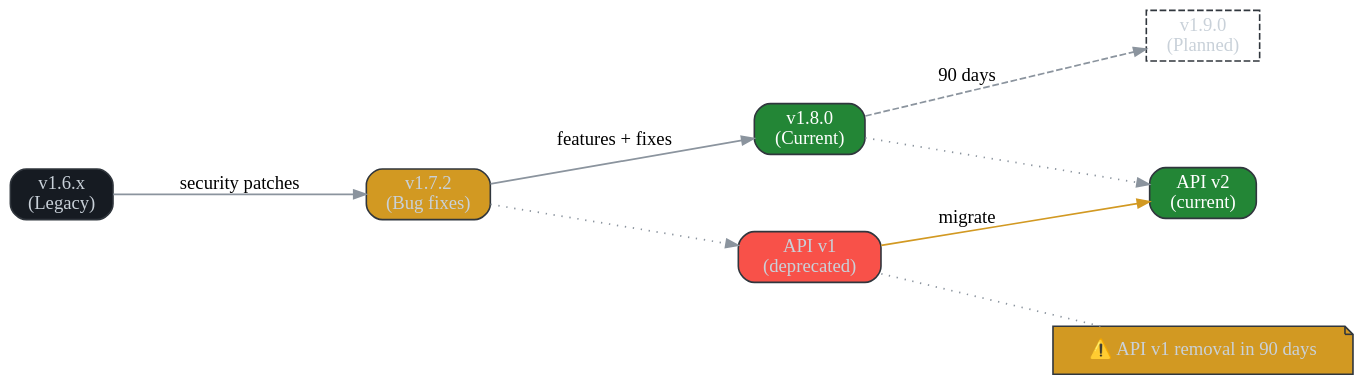
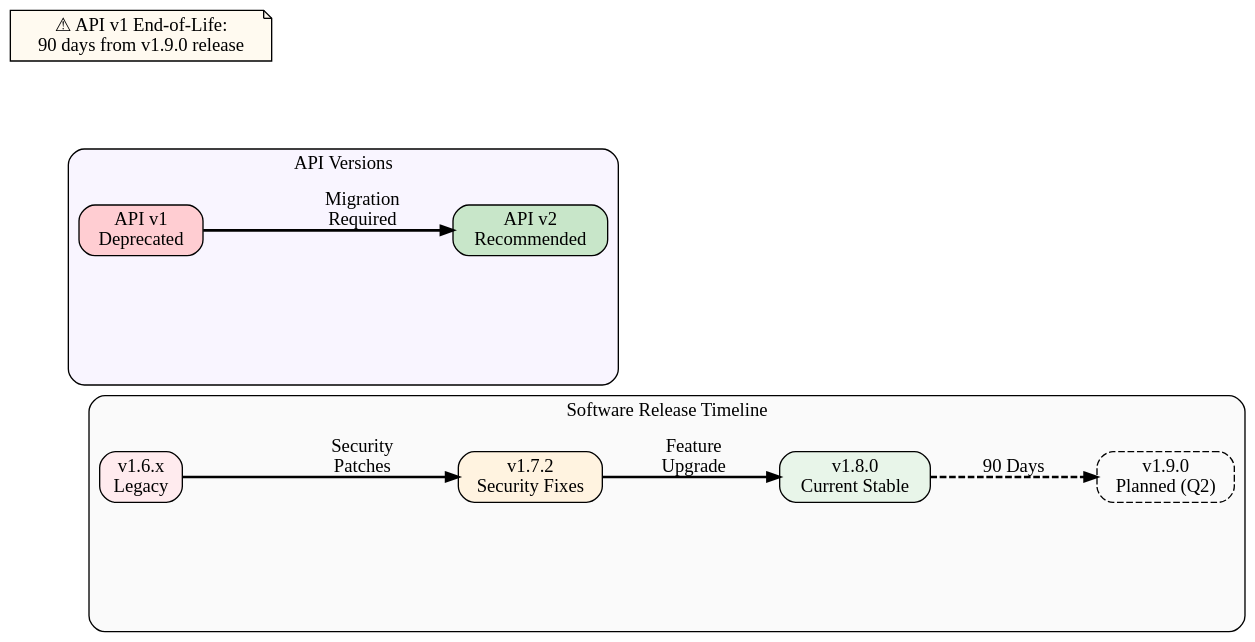
The diagram in software-guides/img/version-upgrade-path.dot (KorayErkan/tw-portfolio), drawn with Graphviz before and after one commit. The commit also changed 16 other files, not shown here.

Commit message:
Updated the Graphviz graphics files

```diff
--- a/software-guides/img/version-upgrade-path.dot
+++ b/software-guides/img/version-upgrade-path.dot
@@ -1,29 +1,43 @@
 digraph G {
-  graph [rankdir=LR, splines=true, bgcolor="transparent", nodesep=0.8, ranksep=1.0];
-  node  [shape=rounded, style="filled,rounded", fillcolor="#161b22", color="#30363d", fontcolor="#c9d1d9", penwidth=1.2];
-  edge  [color="#8b949e", arrowsize=0.9, penwidth=1.3];
+  graph [rankdir=LR, splines=false, bgcolor="transparent", nodesep=1.5, ranksep=1.0];
+  node [shape=box, style="rounded,filled", fontname="Calibri", fontsize=14];
+  edge [arrowsize=0.9, penwidth=2, fontname="Calibri", fontsize=14];
 
-  // Version nodes
-  v16 [label="v1.6.x\n(Legacy)"];
-  v17 [label="v1.7.2\n(Bug fixes)", fillcolor="#d29922"];
-  v18 [label="v1.8.0\n(Current)", fillcolor="#238636", fontcolor="#ffffff"];
-  v19 [label="v1.9.0\n(Planned)", style=dashed];
+  // Timeline - Software Versions
+  subgraph cluster_timeline {
+    label="Software Release Timeline";
+    style="rounded,filled";
+    fillcolor="#fafafa";
+    fontname="Calibri";
+    fontsize=14;
 
-  // API deprecation
-  api_v1 [label="API v1\n(deprecated)", shape=box, fillcolor="#f85149"];
-  api_v2 [label="API v2\n(current)", shape=box, fillcolor="#238636", fontcolor="#ffffff"];
+    v16 [label="v1.6.x\nLegacy", fillcolor="#ffebee"];
+    v17 [label="v1.7.2\nSecurity Fixes", fillcolor="#fff3e0"];
+    v18 [label="v1.8.0\nCurrent Stable", fillcolor="#e8f5e9"];
+    v19 [label="v1.9.0\nPlanned (Q2)", fillcolor="#e3f2fd", style="rounded,dashed"];
+  }
 
-  // Upgrade paths
-  v16 -> v17 [label="security patches"];
-  v17 -> v18 [label="features + fixes"];
-  v18 -> v19 [label="90 days", style=dashed];
+  // API Evolution
+  subgraph cluster_api {
+    label="API Versions";
+    style="rounded,filled";
+    fillcolor="#f9f5ff";
+    fontname="Calibri";
+    fontsize=14;
 
-  // API evolution
-  v17 -> api_v1 [style=dotted];
-  v18 -> api_v2 [style=dotted];
-  api_v1 -> api_v2 [label="migrate", color="#d29922"];
+    api_v1 [label="API v1\nDeprecated", fillcolor="#ffcdd2"];
+    api_v2 [label="API v2\nRecommended", fillcolor="#c8e6c9"];
+  }
 
-  // Notes
-  note [label="⚠️ API v1 removal in 90 days", shape=note, fillcolor="#d29922"];
-  api_v1 -> note [style=dotted, arrowhead=none];
+  // Upgrade path
+  v16 -> v17 [label="Security\nPatches"];
+  v17 -> v18 [label="Feature\nUpgrade"];
+  v18 -> v19 [label="90 Days", style=dashed];
+
+  // API migration
+  api_v1 -> api_v2 [label="Migration\nRequired"];
+
+  // Support timeline
+  migration_note [label="⚠ API v1 End-of-Life:\n90 days from v1.9.0 release",
+                  fillcolor="#fffaf0", shape=note];
 }
```
